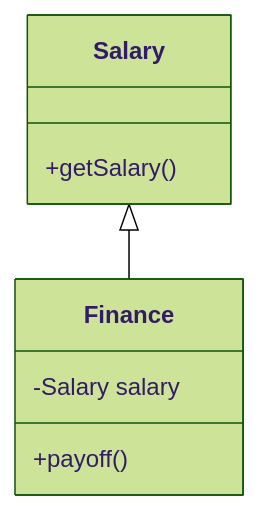
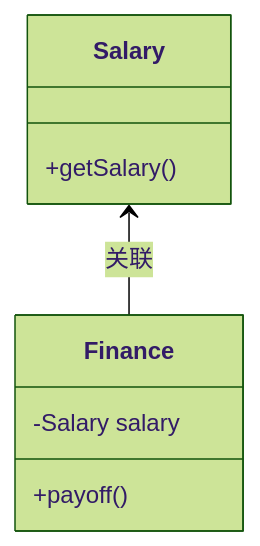
One commit to LeslieKong/basiccoding changed the second of 5 diagrams in README.md. Above: the diagram before and after it, drawn with Mermaid (forest theme). The commit also changed other lines of this file and 1 other file, not shown here.

````diff
--- a/README.md
+++ b/README.md
@@ -176,11 +201,11 @@
-  ```mermaid
-  classDiagram
-      Salary <|-- Finance
-      class Salary {
-          +getSalary()
-      }
-      class Finance {
-          -Salary salary
-          +payoff()
-      }
-  ```
+```mermaid
+classDiagram
+    Salary <-- Finance : 关联
+    class Salary {
+        +getSalary()
+    }
+    class Finance {
+        -Salary salary
+        +payoff()
+    }
+```
````
